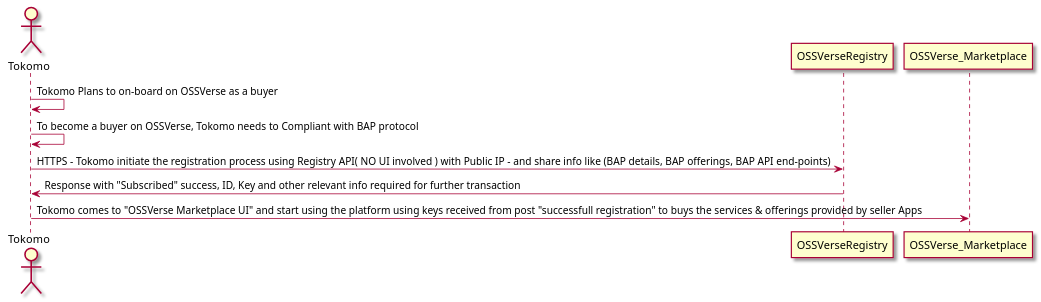
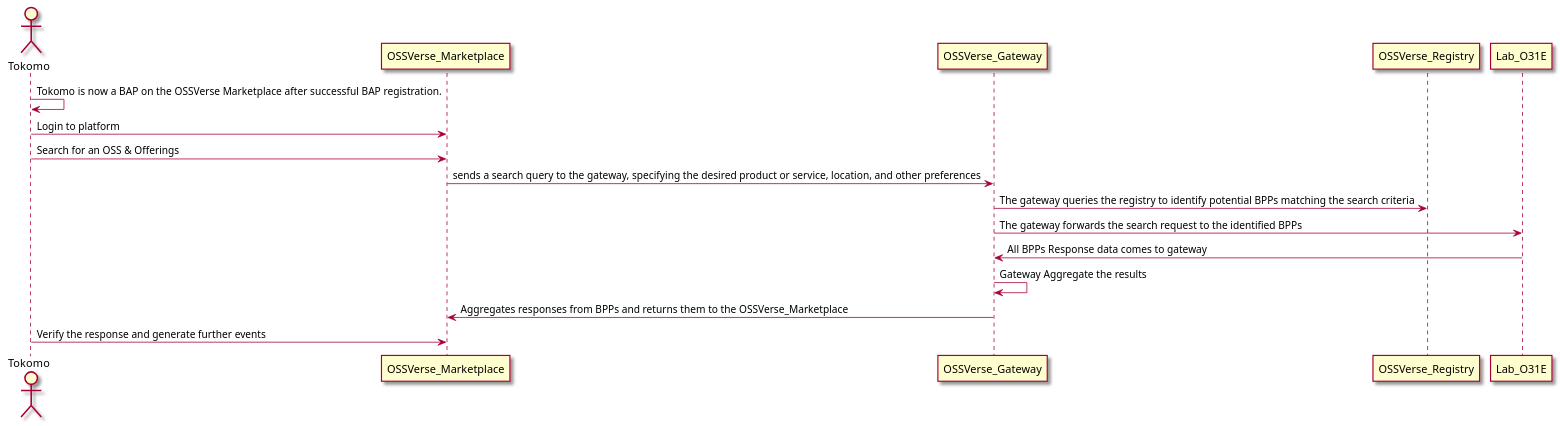
One commit to OSSVerse/OSSVerse changed the diagram in docs/puml/TechnicalArchitecture_Search.puml. Above: the diagram before and after it, drawn with PlantUML. The commit also changed 2 other files, not shown here.

Commit message:
Architecture deesign - search

```diff
--- a/docs/puml/TechnicalArchitecture_Search.puml
+++ b/docs/puml/TechnicalArchitecture_Search.puml
@@ -1,15 +1,22 @@
 @startuml
 
 skin rose
 
 actor Tokomo as Tokomo
-Tokomo -> Tokomo: Tokomo Plans to on-board on OSSVerse as a buyer
-Tokomo -> Tokomo: To become a buyer on OSSVerse, Tokomo needs to Compliant with BAP protocol
+Tokomo -> Tokomo: Tokomo is now a BAP on the OSSVerse Marketplace after successful BAP registration.
 
-Tokomo -> OSSVerseRegistry: HTTPS - Tokomo initiate the registration process using Registry API( NO UI involved ) with Public IP - and share info like (BAP details, BAP offerings, BAP API end-points)
-OSSVerseRegistry -> Tokomo: Response with "Subscribed" success, ID, Key and other relevant info required for further transaction
+Tokomo -> OSSVerse_Marketplace: Login to platform
+Tokomo -> OSSVerse_Marketplace: Search for an OSS & Offerings
 
-Tokomo -> OSSVerse_Marketplace: Tokomo comes to "OSSVerse Marketplace UI" and start using the platform using keys received from post "successfull registration" to buys the services & offerings provided by seller Apps
+OSSVerse_Marketplace -> OSSVerse_Gateway: sends a search query to the gateway, specifying the desired product or service, location, and other preferences
+OSSVerse_Gateway -> OSSVerse_Registry: The gateway queries the registry to identify potential BPPs matching the search criteria
 
+OSSVerse_Gateway-> Lab_O31E: The gateway forwards the search request to the identified BPPs
+Lab_O31E -> OSSVerse_Gateway: All BPPs Response data comes to gateway
+OSSVerse_Gateway -> OSSVerse_Gateway: Gateway Aggregate the results
+
+OSSVerse_Gateway -> OSSVerse_Marketplace: Aggregates responses from BPPs and returns them to the OSSVerse_Marketplace
+
+Tokomo -> OSSVerse_Marketplace: Verify the response and generate further events
 
 @enduml
```
